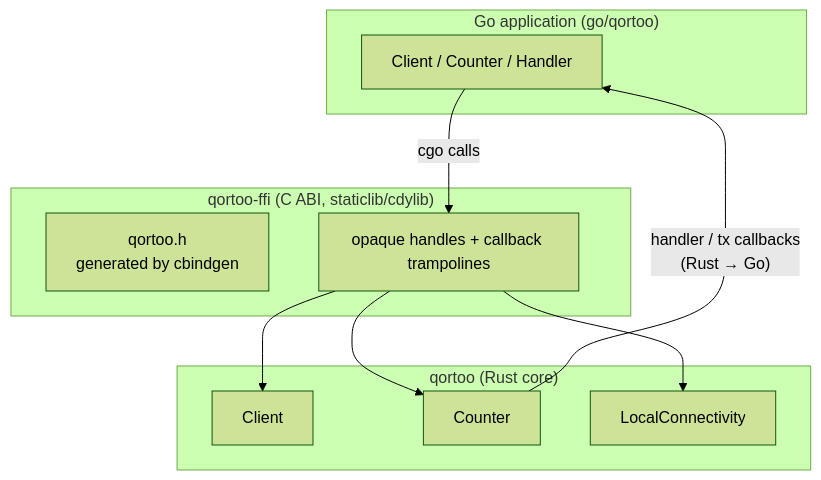
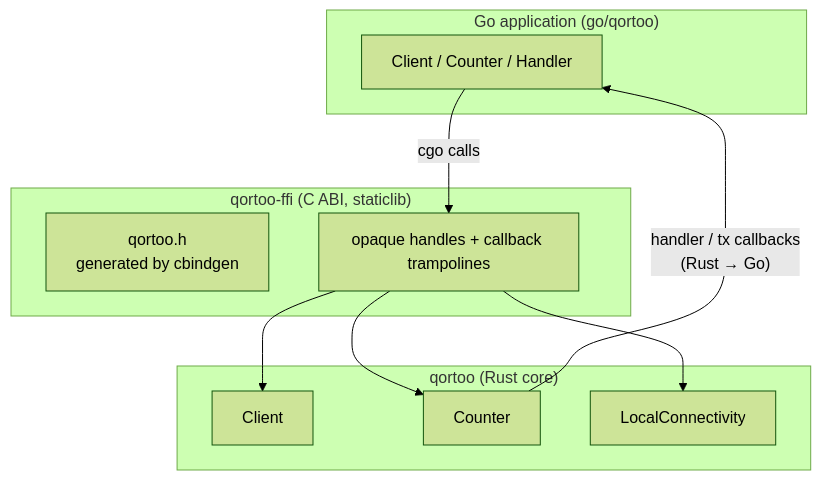
One commit to qortoo/qortoo-rs changed the first of 3 diagrams in docs/go-binding.md. Above: the diagram before and after it, drawn with Mermaid (forest theme). The commit also changed other lines of this file and 9 other files, not shown here.

First line of the commit message:
🧬feat(ffi): add ABI version contract and location-independent native SDK staging (#46)

````diff
--- a/docs/go-binding.md
+++ b/docs/go-binding.md
@@ -12,21 +12,21 @@
 ```mermaid
 graph TD
   subgraph Go["Go application (go/qortoo)"]
     GC[Client / Counter / Handler]
   end
-  subgraph FFI["qortoo-ffi (C ABI, staticlib/cdylib)"]
+  subgraph FFI["qortoo-ffi (C ABI, staticlib)"]
     H[qortoo.h<br/>generated by cbindgen]
     T[opaque handles + callback trampolines]
   end
   subgraph Core["qortoo (Rust core)"]
     CL[Client]
     CN[Counter]
     LC[LocalConnectivity]
   end
 
   GC -- "cgo calls" --> T
   T --> CL
   T --> CN
   T --> LC
   CN -- "handler / tx callbacks<br/>(Rust → Go)" --> GC
 ```
````
